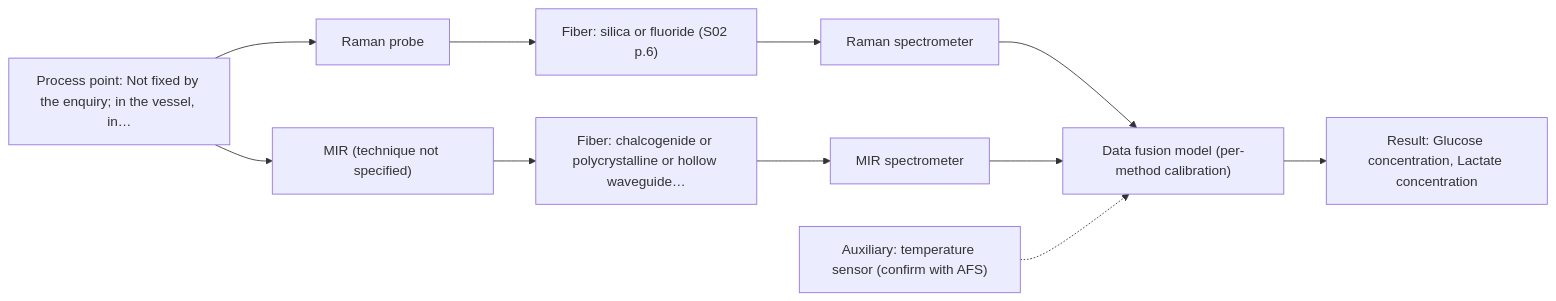
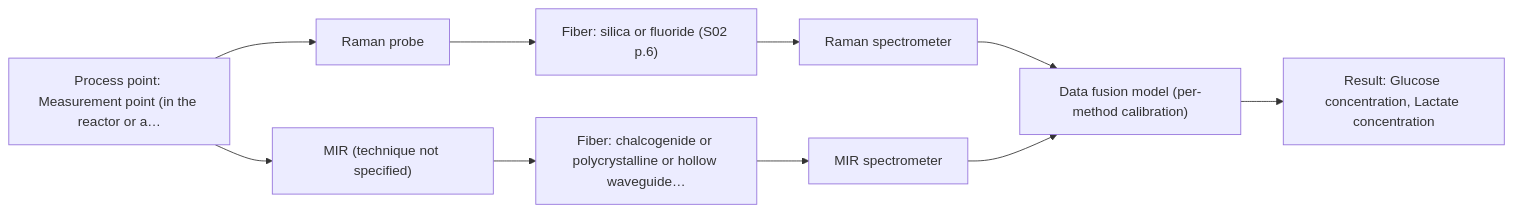
Before and after one commit to sleipnir029/Afs-Spectroscopy-Assistant: the second of 2 diagrams in outputs/dev/D04.md, drawn with Mermaid. The commit also changed other lines of this file and 9 other files, not shown here.

````diff
--- a/outputs/dev/D04.md
+++ b/outputs/dev/D04.md
@@ -81,23 +93,21 @@
 ```mermaid
 flowchart LR
-    proc["Process point: Not fixed by the enquiry; in the vessel, in…"]
+    proc["Process point: Measurement point (in the reactor or a…"]
     probe1["Raman probe"]
     fiber1["Fiber: silica or fluoride (S02 p.6)"]
     spec1["Raman spectrometer"]
     probe2["MIR (technique not specified)"]
     fiber2["Fiber: chalcogenide or polycrystalline or hollow waveguide…"]
     spec2["MIR spectrometer"]
     model["Data fusion model (per-method calibration)"]
     result["Result: Glucose concentration, Lactate concentration"]
-    aux1["Auxiliary: temperature sensor (confirm with AFS)"]
     proc --> probe1
     probe1 --> fiber1
     fiber1 --> spec1
     spec1 --> model
     proc --> probe2
     probe2 --> fiber2
     fiber2 --> spec2
     spec2 --> model
     model --> result
-    aux1 -.-> model
 ```
````
